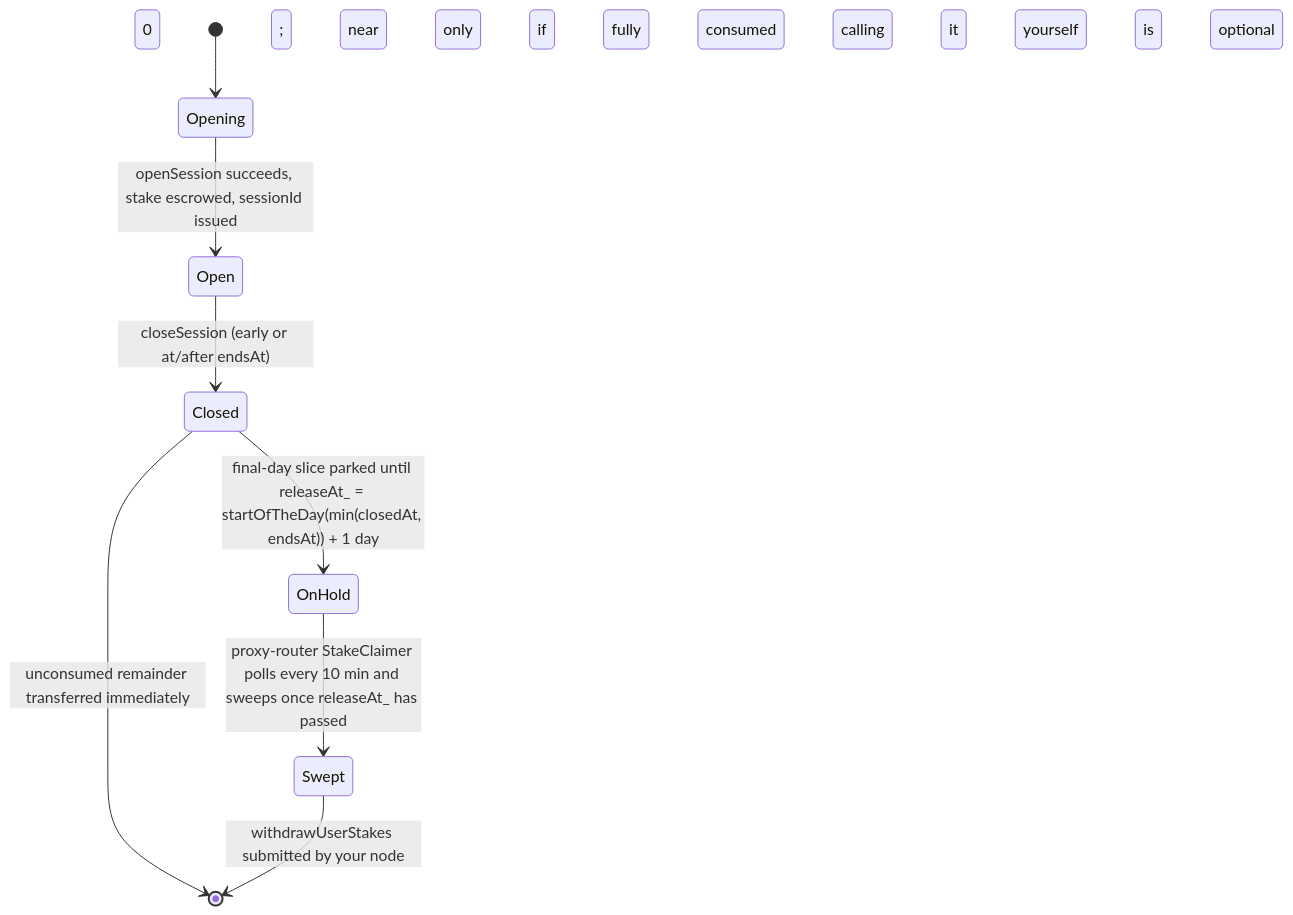
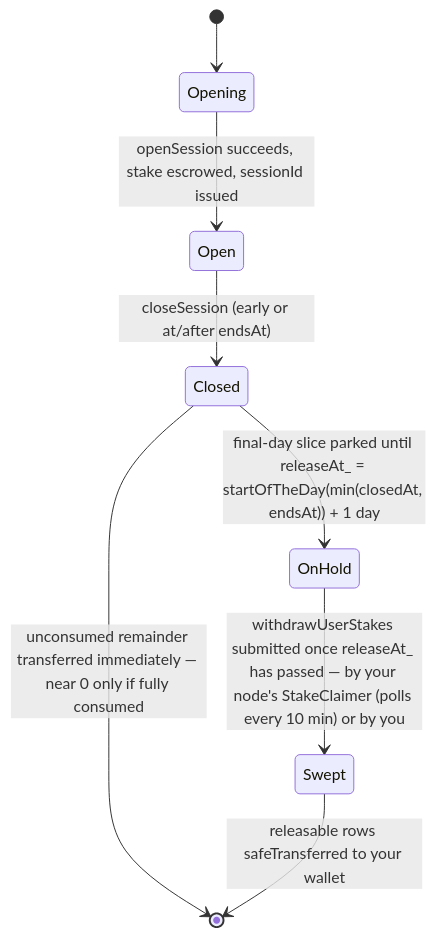
Before and after one commit to cowboycoderhq/Morpheus-Lumerin-Node: the second of 2 diagrams in docs/concepts/sessions-stake-close-recover.mdx, drawn with Mermaid. The commit also changed 1 other file, not shown here.

Commit message:
docs: make the two session state machines agree, and fix the on-hold edges

````diff
--- a/docs/concepts/sessions-stake-close-recover.mdx
+++ b/docs/concepts/sessions-stake-close-recover.mdx
@@ -127,10 +127,10 @@
 ```mermaid
 stateDiagram-v2
   [*] --> Opening
   Opening --> Open: openSession succeeds, stake escrowed, sessionId issued
   Open --> Closed: closeSession (early or at/after endsAt)
-  Closed --> [*]: unconsumed remainder transferred immediately; near 0 only if fully consumed
+  Closed --> [*]: unconsumed remainder transferred immediately — near 0 only if fully consumed
   Closed --> OnHold: final-day slice parked until releaseAt_ = startOfTheDay(min(closedAt, endsAt)) + 1 day
-  OnHold --> Swept: proxy-router StakeClaimer polls every 10 min and sweeps once releaseAt_ has passed
-  Swept --> [*]: withdrawUserStakes submitted by your node; calling it yourself is optional
+  OnHold --> Swept: withdrawUserStakes submitted once releaseAt_ has passed — by your node's StakeClaimer (polls every 10 min) or by you
+  Swept --> [*]: releasable rows safeTransferred to your wallet
 ```
````
